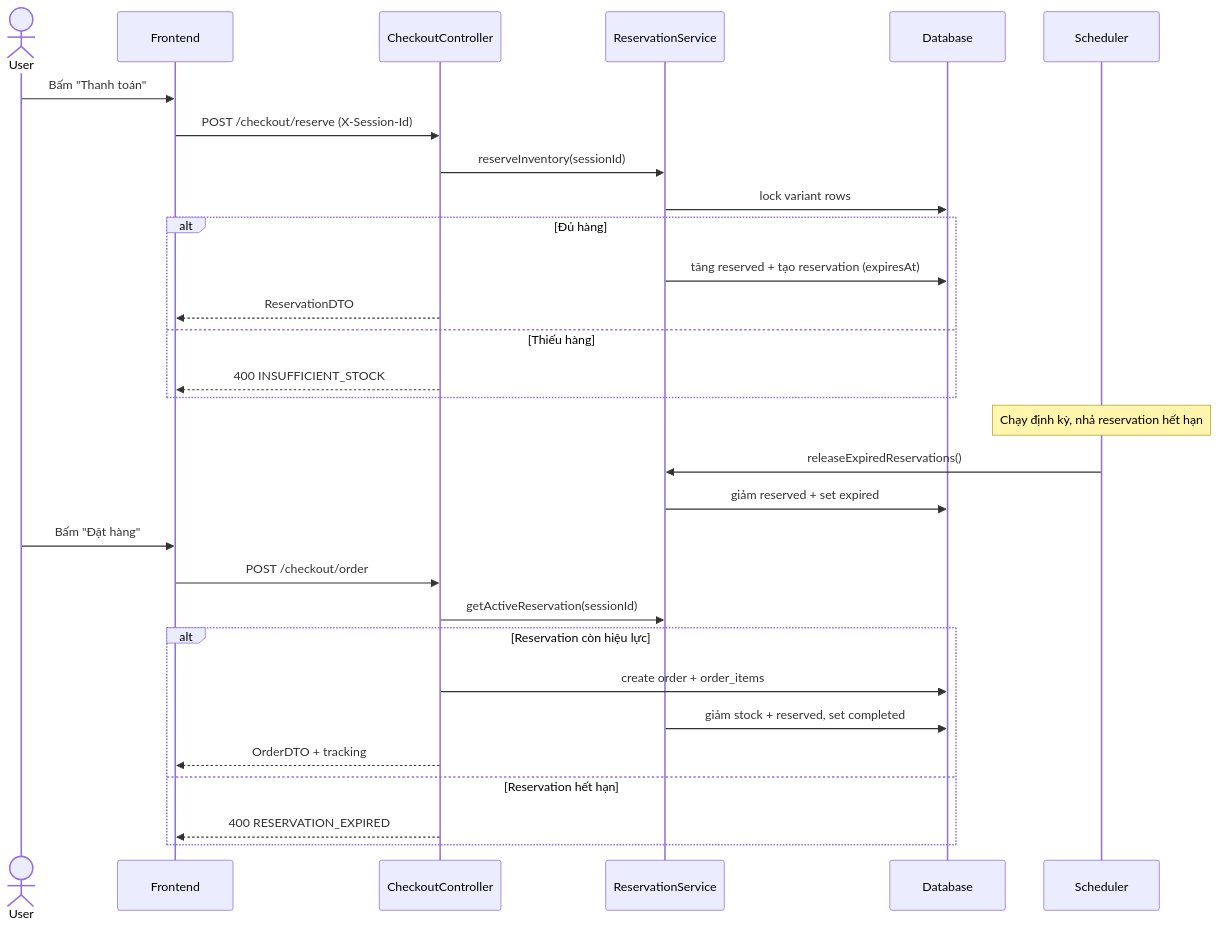
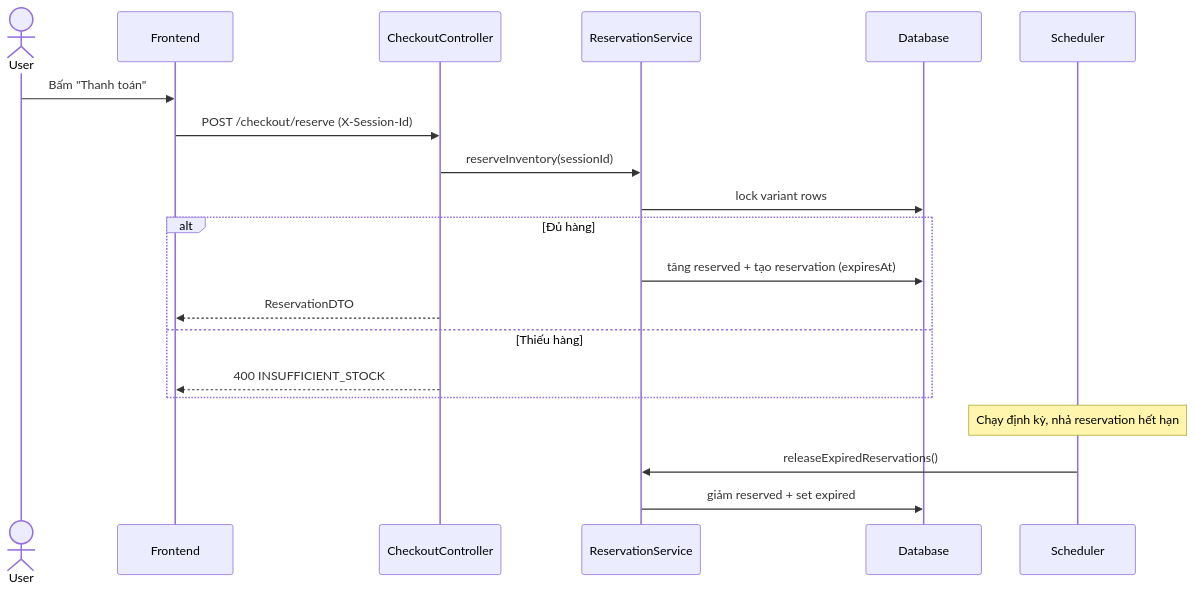
The first of 2 diagrams in docs/TECHNICAL_REPORT.md (mthangtr/hung-hypebeast-ecommerce), drawn with Mermaid before and after one commit. The commit also changed other lines of this file and 1 other file, not shown here.

Commit message:
docs: Revise technical report to update sequence diagrams for inventory reservation and checkout processes, enhancing clarity on reservation handling and order creation flow

````diff
--- a/docs/TECHNICAL_REPORT.md
+++ b/docs/TECHNICAL_REPORT.md
@@ -252,35 +252,24 @@
 ```mermaid
 sequenceDiagram
     actor User
     participant FE as Frontend
     participant API as CheckoutController
     participant ResSvc as ReservationService
     participant DB as Database
     participant Scheduler
     
     User->>FE: Bấm "Thanh toán"
     FE->>API: POST /checkout/reserve (X-Session-Id)
     API->>ResSvc: reserveInventory(sessionId)
     ResSvc->>DB: lock variant rows
     alt Đủ hàng
         ResSvc->>DB: tăng reserved + tạo reservation (expiresAt)
         API-->>FE: ReservationDTO
     else Thiếu hàng
         API-->>FE: 400 INSUFFICIENT_STOCK
     end
     
     Note over Scheduler: Chạy định kỳ, nhả reservation hết hạn
     Scheduler->>ResSvc: releaseExpiredReservations()
     ResSvc->>DB: giảm reserved + set expired
-    
-    User->>FE: Bấm "Đặt hàng"
-    FE->>API: POST /checkout/order
-    API->>ResSvc: getActiveReservation(sessionId)
-    alt Reservation còn hiệu lực
-        API->>DB: create order + order_items
-        ResSvc->>DB: giảm stock + reserved, set completed
-        API-->>FE: OrderDTO + tracking
-    else Reservation hết hạn
-        API-->>FE: 400 RESERVATION_EXPIRED
-    end
 ```
````
